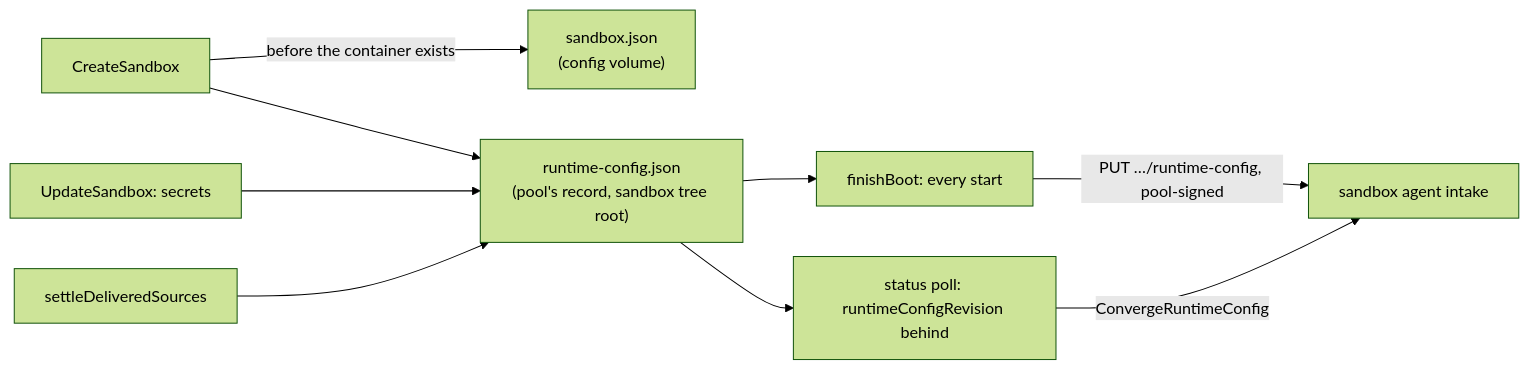
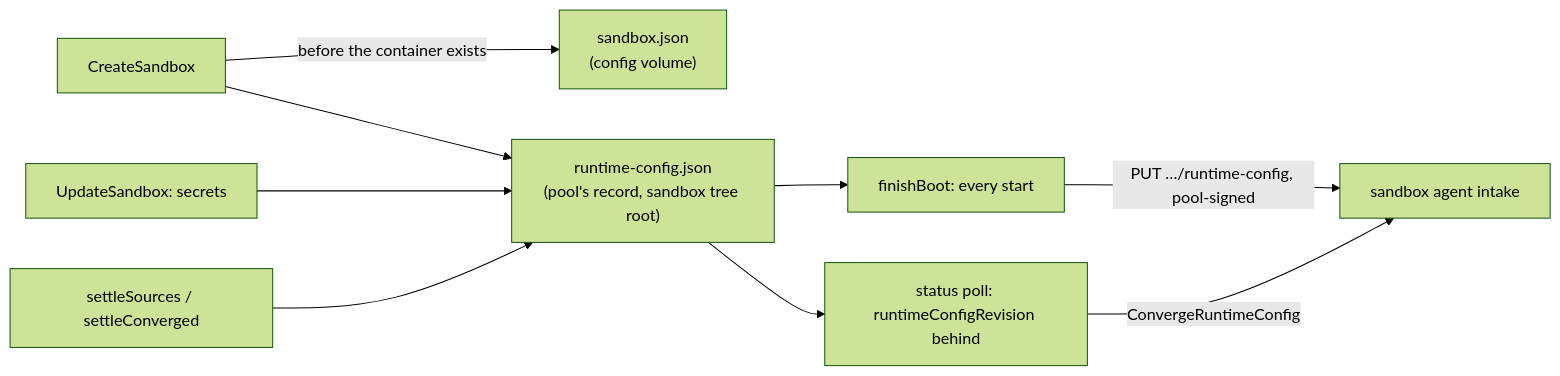
One commit to discobox-ai/discobox changed the second of 8 diagrams in pool-agent/DESIGN.md. Above: the diagram before and after it, drawn with Mermaid (forest theme). The commit also changed other lines of this file and 27 other files, not shown here.

````diff
--- a/pool-agent/DESIGN.md
+++ b/pool-agent/DESIGN.md
@@ -277,11 +276,11 @@
 ```mermaid
 flowchart LR
     create["CreateSandbox"] -->|"before the container exists"| bootstrap["sandbox.json<br/>(config volume)"]
     create --> record["runtime-config.json<br/>(pool's record, sandbox tree root)"]
     update["UpdateSandbox: secrets"] --> record
-    settle["settleDeliveredSources"] --> record
+    settle["settleSources / settleConverged"] --> record
     record --> boot["finishBoot: every start"]
     record --> poll["status poll: runtimeConfigRevision behind"]
     boot -->|"PUT …/runtime-config, pool-signed"| intake["sandbox agent intake"]
     poll -->|"ConvergeRuntimeConfig"| intake
 ```
````
